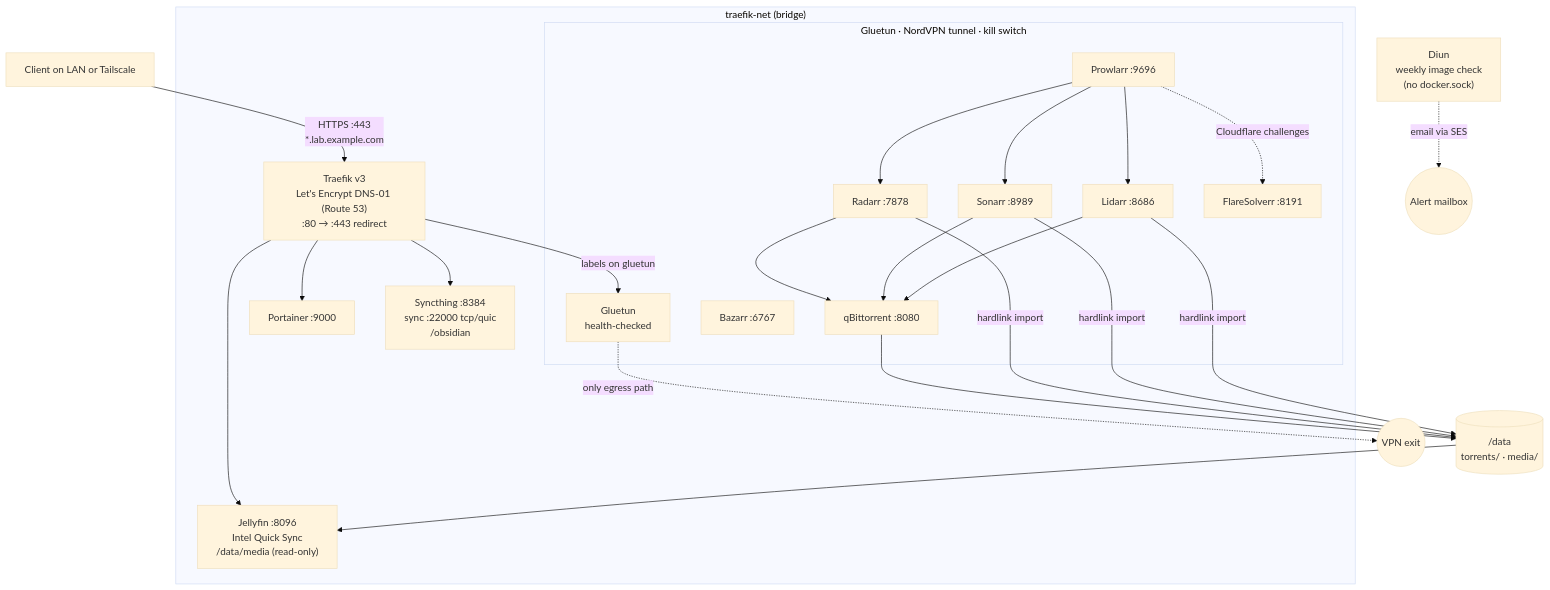
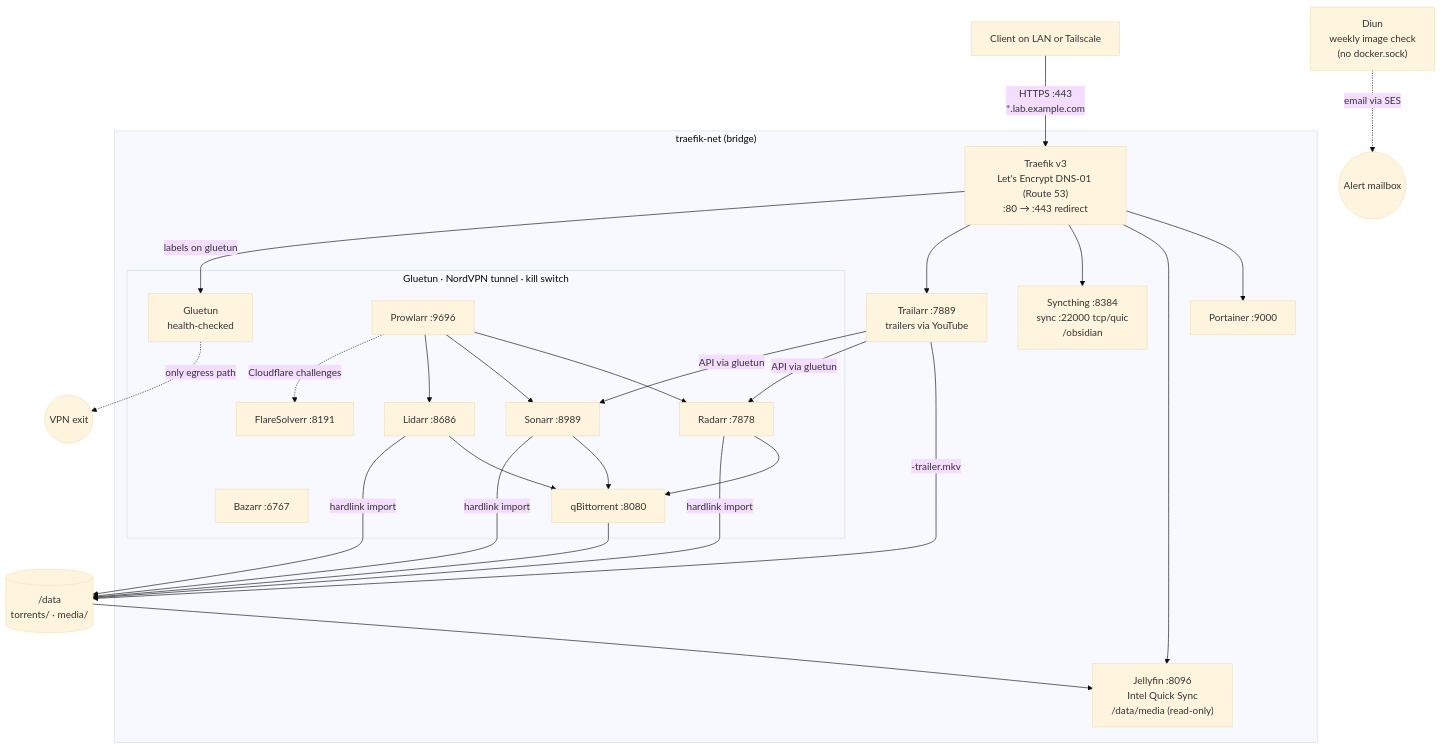
One commit to isaacinthecloud/homelab-infrastructure changed the fourth of 4 diagrams in diagrams/README.md. Above: the diagram before and after it, drawn with Mermaid (base theme). The commit also changed 5 other files, not shown here.

````diff
--- a/diagrams/README.md
+++ b/diagrams/README.md
@@ -131,37 +131,41 @@
 ```mermaid
 flowchart TB
     client["Client on LAN or Tailscale"] -- "HTTPS :443<br/>*.lab.example.com" --> traefik
 
     subgraph tnet["traefik-net (bridge)"]
         traefik["Traefik v3<br/>Let's Encrypt DNS-01 (Route 53)<br/>:80 → :443 redirect"]
         portainer["Portainer :9000"]
         jellyfin["Jellyfin :8096<br/>Intel Quick Sync<br/>/data/media (read-only)"]
         syncthing["Syncthing :8384<br/>sync :22000 tcp/quic<br/>/obsidian"]
+        trailarr["Trailarr :7889<br/>trailers via YouTube"]
         subgraph vpn["Gluetun · NordVPN tunnel · kill switch"]
             gluetun["Gluetun<br/>health-checked"]
             radarr["Radarr :7878"]
             sonarr["Sonarr :8989"]
             lidarr["Lidarr :8686"]
             prowlarr["Prowlarr :9696"]
             bazarr["Bazarr :6767"]
             flare["FlareSolverr :8191"]
             qbt["qBittorrent :8080"]
         end
     end
     diun["Diun<br/>weekly image check<br/>(no docker.sock)"]
 
     traefik --> portainer
     traefik --> jellyfin
     traefik --> syncthing
+    traefik --> trailarr
+    trailarr -- "API via gluetun" --> radarr & sonarr
+    trailarr -- "-trailer.mkv" --> data
     traefik -- "labels on gluetun" --> gluetun
     prowlarr --> radarr & sonarr & lidarr
     prowlarr -. "Cloudflare challenges" .-> flare
     radarr & sonarr & lidarr --> qbt
     gluetun -. "only egress path" .-> vpnout(("VPN exit"))
     diun -. "email via SES" .-> mail(("Alert mailbox"))
 
     data[("/data<br/>torrents/ · media/")]
     qbt --> data
     radarr & sonarr & lidarr -- "hardlink import" --> data
     data --> jellyfin
 ```
````
